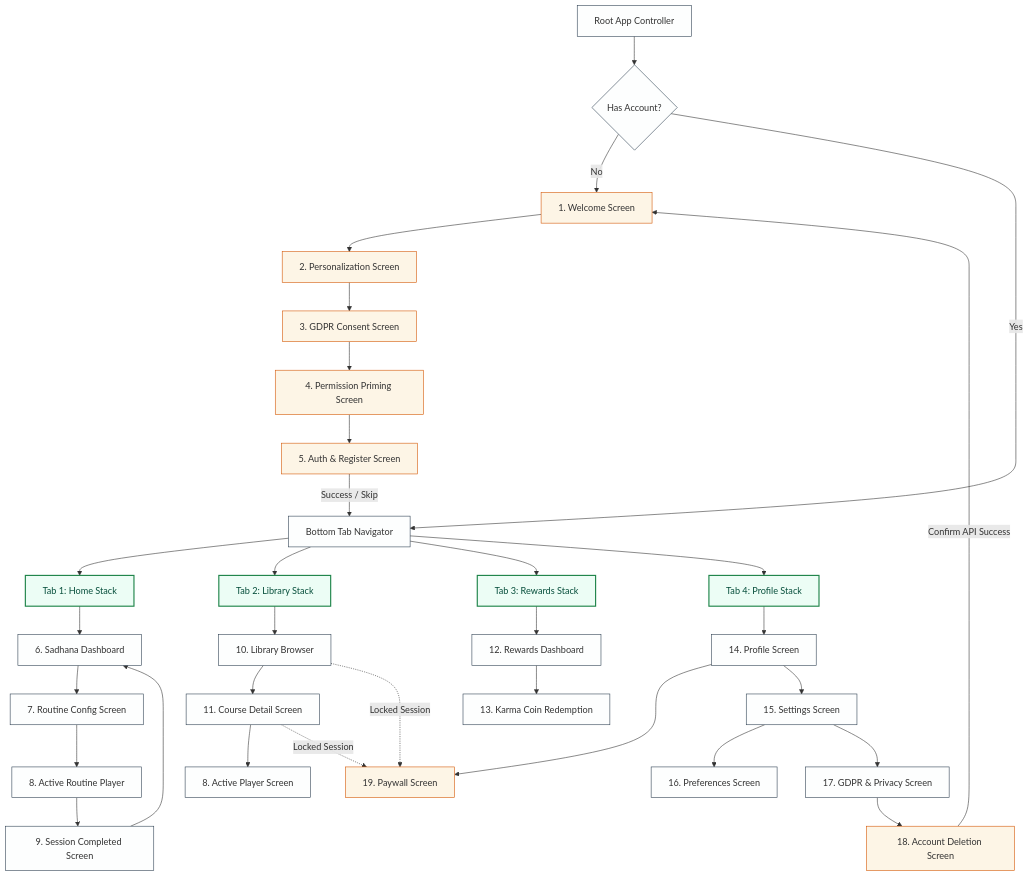
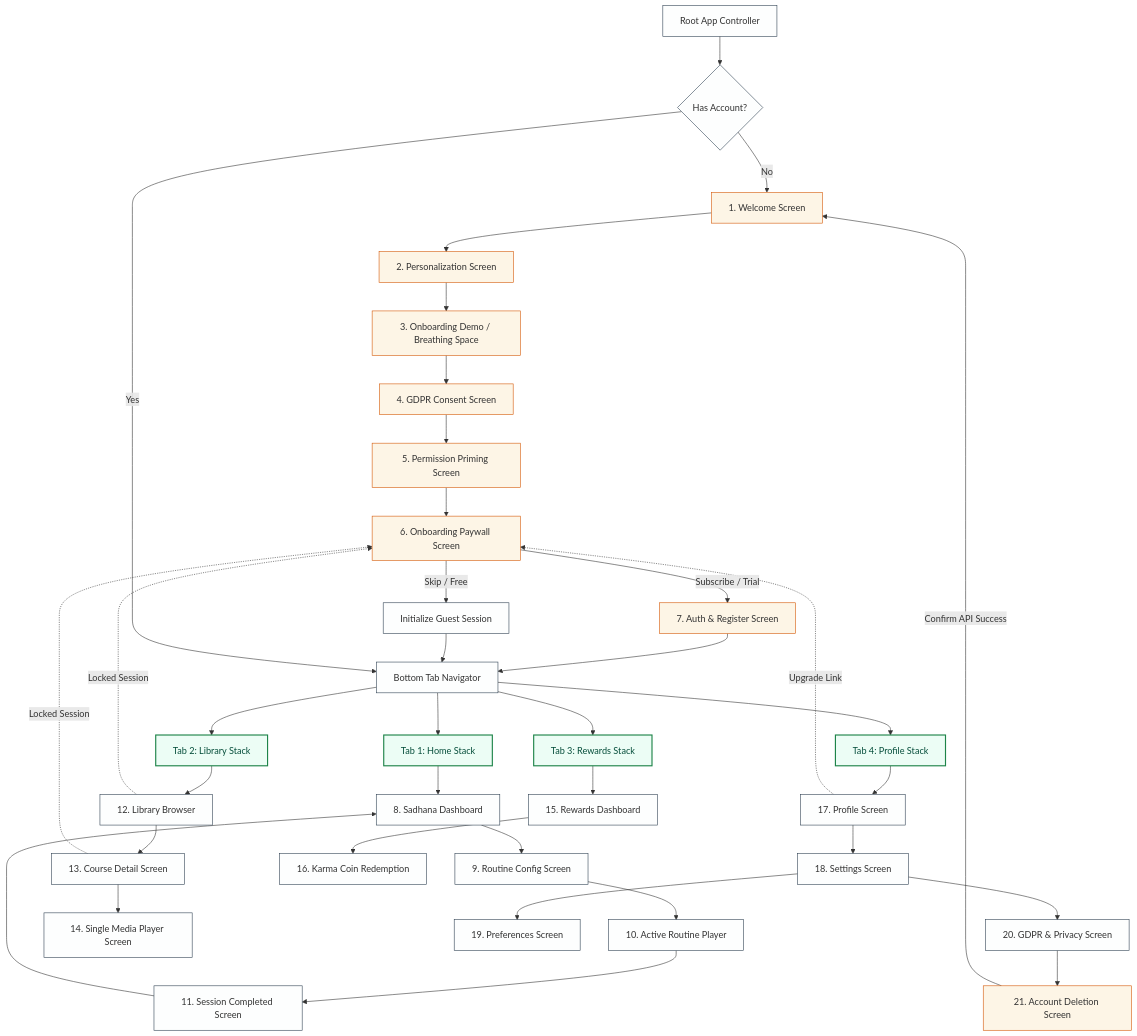
One commit to Jainam2848/Sadhana changed the sixth of 6 diagrams in docs/ux/USER_FLOWS.md. Above: the diagram before and after it, drawn with Mermaid. The commit also changed other lines of this file and 79 other files, not shown here.

Commit message:
docs: finalize architecture design documentation and update test suites with robust staging fallbacks

````diff
--- a/docs/ux/USER_FLOWS.md
+++ b/docs/ux/USER_FLOWS.md
@@ -276,59 +276,65 @@
 ```mermaid
   graph TD
     %% Root Controller
     Root[Root App Controller] --> OnboardingStack{Has Account?}
     
     %% Onboarding Modal Stack
     OnboardingStack -- No --> Welcome[1. Welcome Screen]
     Welcome --> Personalize[2. Personalization Screen]
-    Personalize --> GDPR[3. GDPR Consent Screen]
-    GDPR --> Priming[4. Permission Priming Screen]
-    Priming --> Auth[5. Auth & Register Screen]
-    Auth --> |Success / Skip| MainTabs[Bottom Tab Navigator]
+    Personalize --> Demo[3. Onboarding Demo / Breathing Space]
+    Demo --> GDPR[4. GDPR Consent Screen]
+    GDPR --> Priming[5. Permission Priming Screen]
+    Priming --> Paywall[6. Onboarding Paywall Screen]
+    
+    Paywall --> |Subscribe / Trial| Auth[7. Auth & Register Screen]
+    Paywall --> |Skip / Free| GuestRoute[Initialize Guest Session]
+    
+    Auth --> MainTabs[Bottom Tab Navigator]
+    GuestRoute --> MainTabs
     
     %% Root Tab Controller
     OnboardingStack -- Yes --> MainTabs
     
     MainTabs --> TabHome[Tab 1: Home Stack]
     MainTabs --> TabLibrary[Tab 2: Library Stack]
     MainTabs --> TabRewards[Tab 3: Rewards Stack]
     MainTabs --> TabProfile[Tab 4: Profile Stack]
     
     %% Home Tab Stack
-    TabHome --> Dashboard[6. Sadhana Dashboard]
-    Dashboard --> Config[7. Routine Config Screen]
-    Config --> Player[8. Active Routine Player]
-    Player --> Completed[9. Session Completed Screen]
+    TabHome --> Dashboard[8. Sadhana Dashboard]
+    Dashboard --> Config[9. Routine Config Screen]
+    Config --> Player[10. Active Routine Player]
+    Player --> Completed[11. Session Completed Screen]
     Completed --> Dashboard
     
     %% Library Tab Stack
-    TabLibrary --> Browser[10. Library Browser]
-    Browser --> Detail[11. Course Detail Screen]
-    Detail --> PlayerSingle[8. Active Player Screen]
+    TabLibrary --> Browser[12. Library Browser]
+    Browser --> Detail[13. Course Detail Screen]
+    Detail --> PlayerSingle[14. Single Media Player Screen]
     
     %% Rewards Tab Stack
-    TabRewards --> RewardsDash[12. Rewards Dashboard]
-    RewardsDash --> Redemptions[13. Karma Coin Redemption]
+    TabRewards --> RewardsDash[15. Rewards Dashboard]
+    RewardsDash --> Redemptions[16. Karma Coin Redemption]
     
     %% Profile Tab Stack
-    TabProfile --> Profile[14. Profile Screen]
-    Profile --> Paywall[19. Paywall Screen]
-    Profile --> Settings[15. Settings Screen]
+    TabProfile --> Profile[17. Profile Screen]
+    Profile -.-> |Upgrade Link| Paywall
+    Profile --> Settings[18. Settings Screen]
     
     %% Settings Stack
-    Settings --> Prefs[16. Preferences Screen]
-    Settings --> Privacy[17. GDPR & Privacy Screen]
-    Privacy --> Deletion[18. Account Deletion Screen]
+    Settings --> Prefs[19. Preferences Screen]
+    Settings --> Privacy[20. GDPR & Privacy Screen]
+    Privacy --> Deletion[21. Account Deletion Screen]
     Deletion --> |Confirm API Success| Welcome
     
     %% Gated triggers
     Detail -.-> |Locked Session| Paywall
     Browser -.-> |Locked Session| Paywall
 
     classDef default fill:#FDFEFE,stroke:#2C3E50,stroke-width:1px;
     classDef tab fill:#ECFDF5,stroke:#1E8449,stroke-width:2px,color:#064E3B;
     classDef modal fill:#FDF5E6,stroke:#D35400,stroke-width:1px;
-    class Welcome,Personalize,GDPR,Priming,Auth,Paywall,Deletion modal;
+    class Welcome,Personalize,Demo,GDPR,Priming,Auth,Paywall,Deletion modal;
     class Dashboard,Browser,RewardsDash,Profile default;
     class TabHome,TabLibrary,TabRewards,TabProfile tab;
 ```
````
